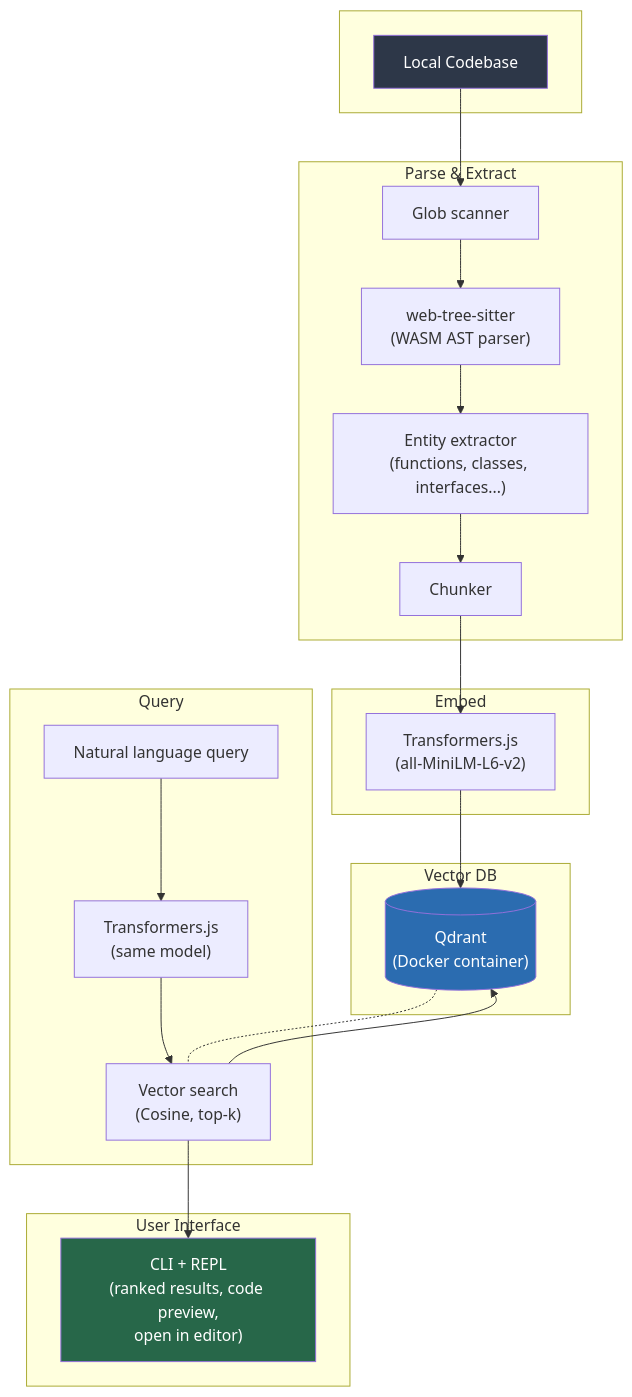
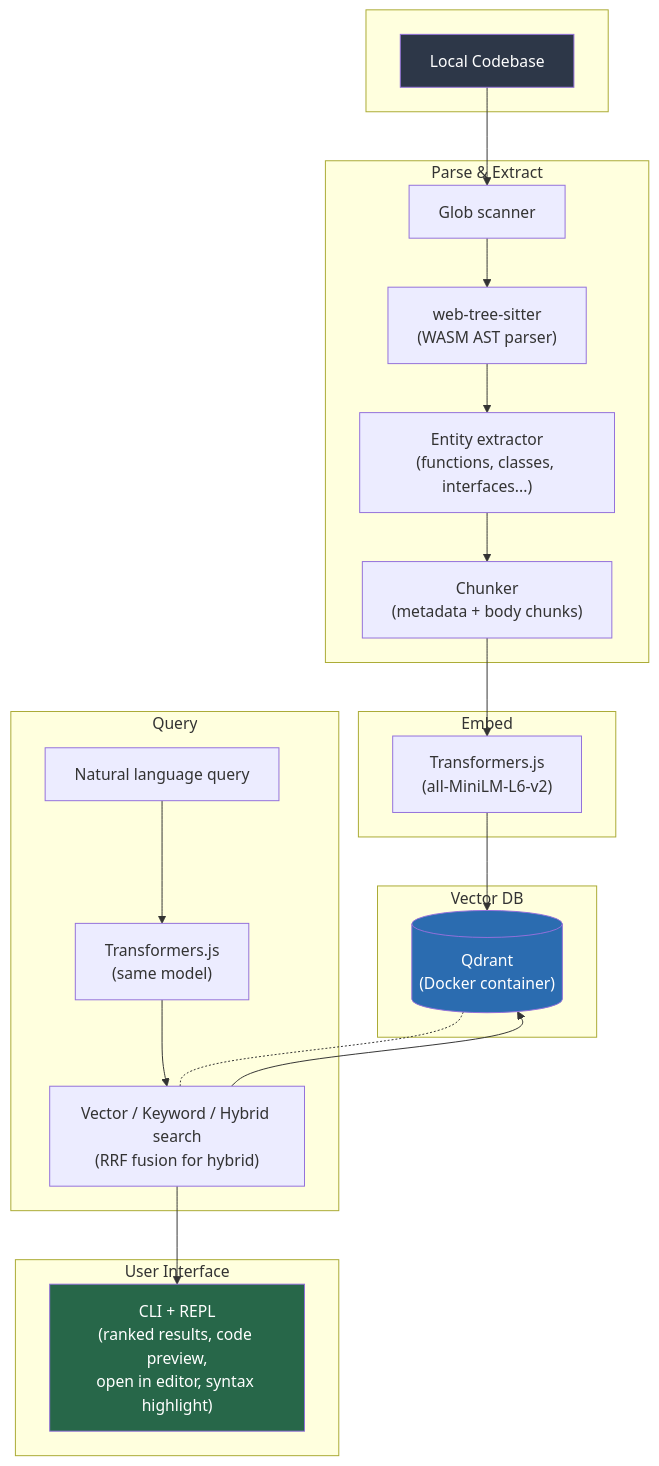
One commit to yaessc/ASTra changed the diagram in README.md. Above: the diagram before and after it, drawn with Mermaid. The commit also changed other lines of this file, not shown here.

Commit message:
feat: update README to reflect CLI renaming and enhance command descriptions

````diff
--- a/README.md
+++ b/README.md
@@ -9,40 +9,40 @@
 ```mermaid
 flowchart TD
     subgraph Input[" "]
         A["Local Codebase"]
     end
 
     subgraph Parse["Parse & Extract"]
         B["Glob scanner"]
         C["web-tree-sitter<br/>(WASM AST parser)"]
         D["Entity extractor<br/>(functions, classes, interfaces...)"]
-        E["Chunker"]
+        E["Chunker<br/>(metadata + body chunks)"]
     end
 
     subgraph Embed["Embed"]
         F["Transformers.js<br/>(all-MiniLM-L6-v2)"]
     end
 
     subgraph Store["Vector DB"]
         G[("Qdrant<br/>(Docker container)")]
     end
 
     subgraph Query["Query"]
         H["Natural language query"]
         I["Transformers.js<br/>(same model)"]
-        J["Vector search<br/>(Cosine, top-k)"]
+        J["Vector / Keyword / Hybrid search<br/>(RRF fusion for hybrid)"]
     end
 
     subgraph UI["User Interface"]
-        K["CLI + REPL<br/>(ranked results, code preview,<br/>open in editor)"]
+        K["CLI + REPL<br/>(ranked results, code preview,<br/>open in editor, syntax highlight)"]
     end
 
     A --> B --> C --> D --> E --> F --> G
     H --> I --> J --> G
     J --> K
     G -.- J
 
     style A fill:#2d3748,color:#fff
     style G fill:#2b6cb0,color:#fff
     style K fill:#276749,color:#fff
 ```
````
